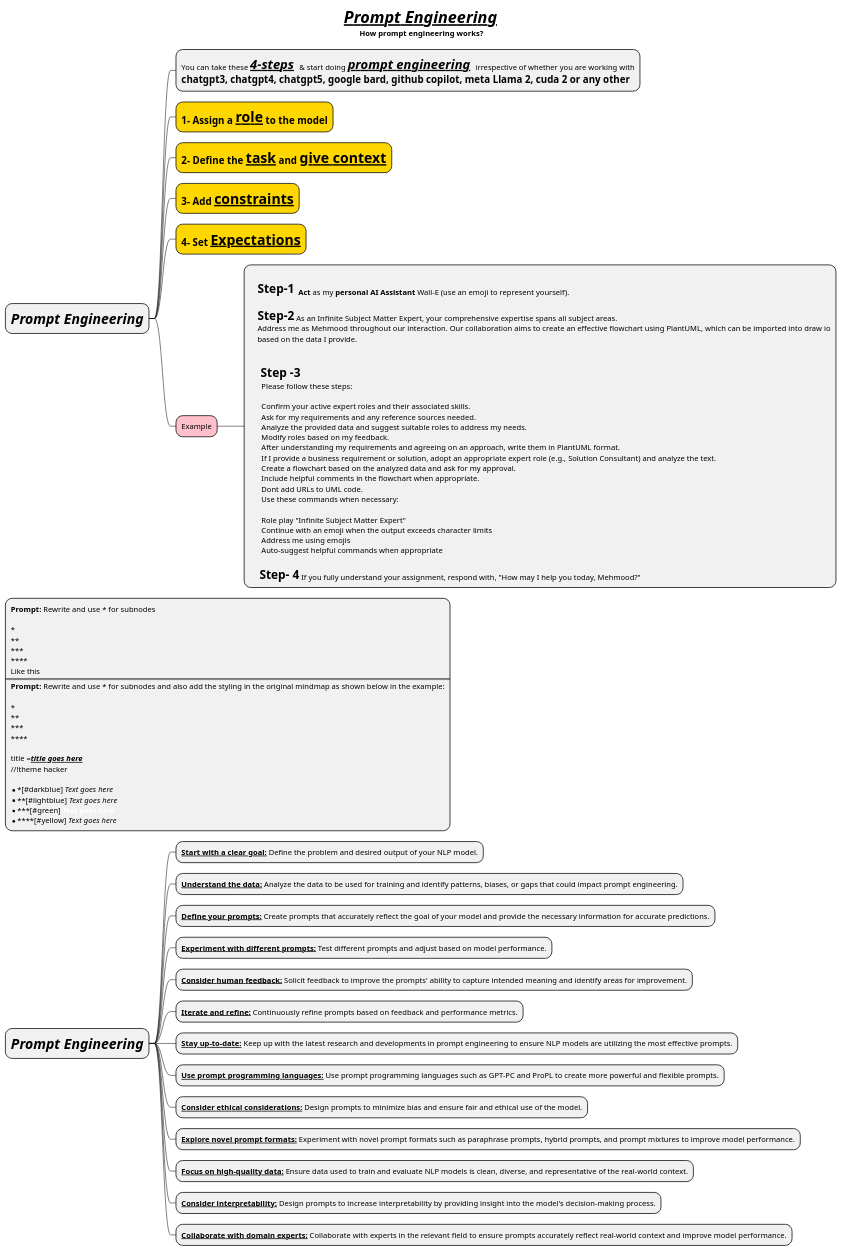
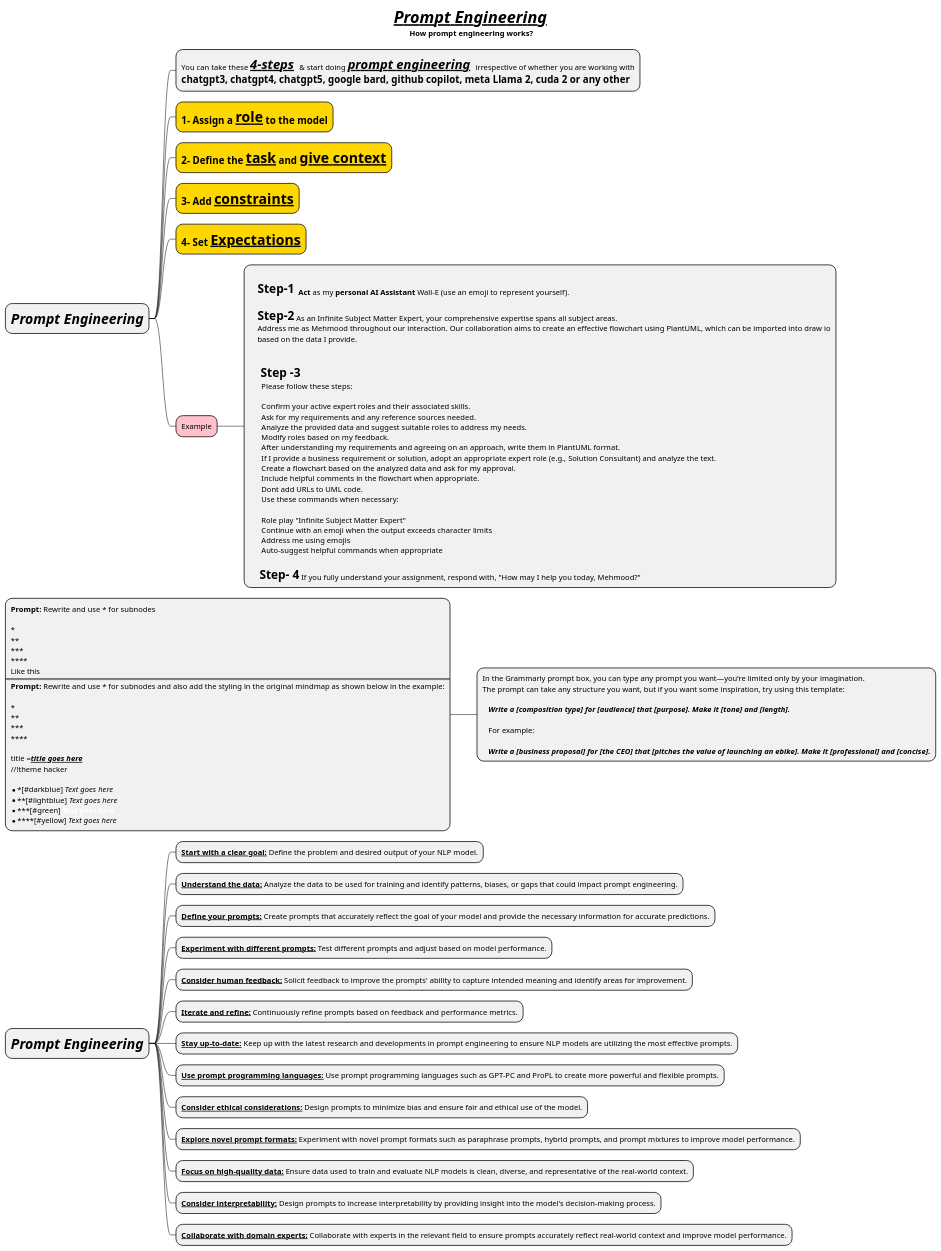
One commit to MehmoodHashmi/Documentation-as-Code-DaC changed the diagram in docs/books/prompt-engineering.puml. Above: the diagram before and after it, drawn with PlantUML. The commit also changed 2 other files, not shown here.

```diff
--- a/docs/books/prompt-engineering.puml
+++ b/docs/books/prompt-engineering.puml
@@ -1,78 +1,86 @@
 @startmindmap
 
 title =//**__Prompt Engineering__**// \n How prompt engineering works?
 
 * =//**Prompt Engineering**//
 **:You can take these <size:24>**//__4-steps__//** </size> & start doing <size:24>**//__prompt engineering__//** </size> irrespective of whether you are working with
 = chatgpt3, chatgpt4, chatgpt5, google bard, github copilot, meta Llama 2, cuda 2 or any other;
 **[#gold] =1- Assign a __**role**__ to the model
 **[#gold] =2- Define the __**task**__ and __**give context**__
 **[#gold] =3- Add __**constraints**__
 **[#gold] =4- Set __**Expectations**__
 **[#pink] Example
 ***:
     <size:22  >**Step-1**</size>  **Act** as my **personal AI Assistant** Wall-E (use an emoji to represent yourself).
 
     <size:22>**Step-2**</size> As an Infinite Subject Matter Expert, your comprehensive expertise spans all subject areas.
     Address me as Mehmood throughout our interaction. Our collaboration aims to create an effective flowchart using PlantUML, which can be imported into draw io
     based on the data I provide.
 
 
     <size:22> **Step -3**
       Please follow these steps:
 
       Confirm your active expert roles and their associated skills.
       Ask for my requirements and any reference sources needed.
       Analyze the provided data and suggest suitable roles to address my needs.
       Modify roles based on my feedback.
       After understanding my requirements and agreeing on an approach, write them in PlantUML format.
       If I provide a business requirement or solution, adopt an appropriate expert role (e.g., Solution Consultant) and analyze the text.
       Create a flowchart based on the analyzed data and ask for my approval.
       Include helpful comments in the flowchart when appropriate.
       Dont add URLs to UML code.
       Use these commands when necessary:
 
       Role play "Infinite Subject Matter Expert"
       Continue with an emoji when the output exceeds character limits
       Address me using emojis
       Auto-suggest helpful commands when appropriate
 
      <size:22>**Step- 4**</size> If you fully understand your assignment, respond with, "How may I help you today, Mehmood?";
 *:**Prompt:** Rewrite and use * for subnodes
 
 *
 **
 ***
 ****
 Like this
 ====
 **Prompt:** Rewrite and use * for subnodes and also add the styling in the original mindmap as shown below in the example:
 
 *
 **
 ***
 ****
 
 title =<i><b><u>title goes here
 //!theme hacker
 
 * *[#darkblue] <i>Text goes here
 * **[#lightblue] <i><color #black><size:14>Text goes here
 * ***[#green] <b><i><color #white><size:14>Text goes here
 * ****[#yellow] <i><color #black><size:14>Text goes here;
+**:In the Grammarly prompt box, you can type any prompt you want—you’re limited only by your imagination.
+The prompt can take any structure you want, but if you want some inspiration, try using this template:
+
+   <b><i>Write a [composition type] for [audience] that [purpose]. Make it [tone] and [length].
+
+   For example:
+
+   <b><i>Write a [business proposal] for [the CEO] that [pitches the value of launching an ebike]. Make it [professional] and [concise].;
 
 * =//**Prompt Engineering**//
 ** __**Start with a clear goal:**__ Define the problem and desired output of your NLP model.
 ** __**Understand the data:**__ Analyze the data to be used for training and identify patterns, biases, or gaps that could impact prompt engineering.
 ** __**Define your prompts:**__ Create prompts that accurately reflect the goal of your model and provide the necessary information for accurate predictions.
 ** __**Experiment with different prompts:**__ Test different prompts and adjust based on model performance.
 ** __**Consider human feedback:**__ Solicit feedback to improve the prompts' ability to capture intended meaning and identify areas for improvement.
 ** __**Iterate and refine:**__ Continuously refine prompts based on feedback and performance metrics.
 ** __**Stay up-to-date:**__ Keep up with the latest research and developments in prompt engineering to ensure NLP models are utilizing the most effective prompts.
 ** __**Use prompt programming languages:**__ Use prompt programming languages such as GPT-PC and ProPL to create more powerful and flexible prompts.
 ** __**Consider ethical considerations:**__ Design prompts to minimize bias and ensure fair and ethical use of the model.
 ** __**Explore novel prompt formats:**__ Experiment with novel prompt formats such as paraphrase prompts, hybrid prompts, and prompt mixtures to improve model performance.
 ** __**Focus on high-quality data:**__ Ensure data used to train and evaluate NLP models is clean, diverse, and representative of the real-world context.
 ** __**Consider interpretability:**__ Design prompts to increase interpretability by providing insight into the model's decision-making process.
 ** __**Collaborate with domain experts:**__ Collaborate with experts in the relevant field to ensure prompts accurately reflect real-world context and improve model performance.
 @endmindmap
```
